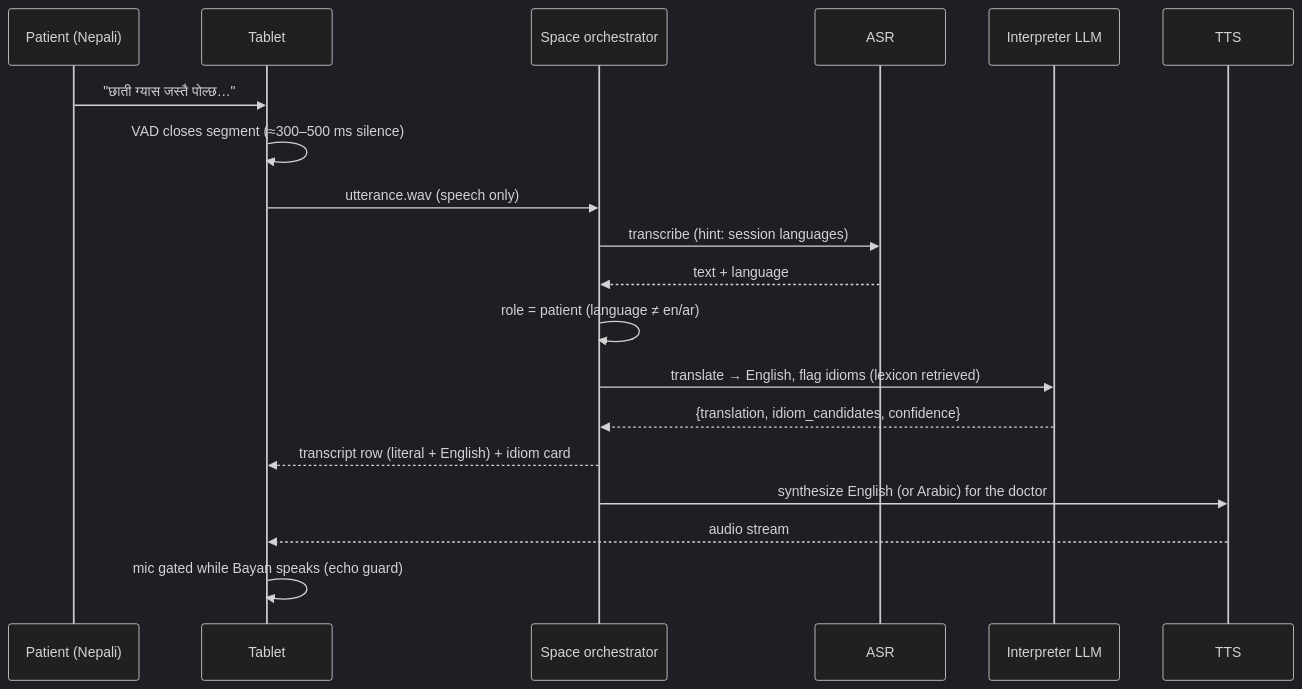
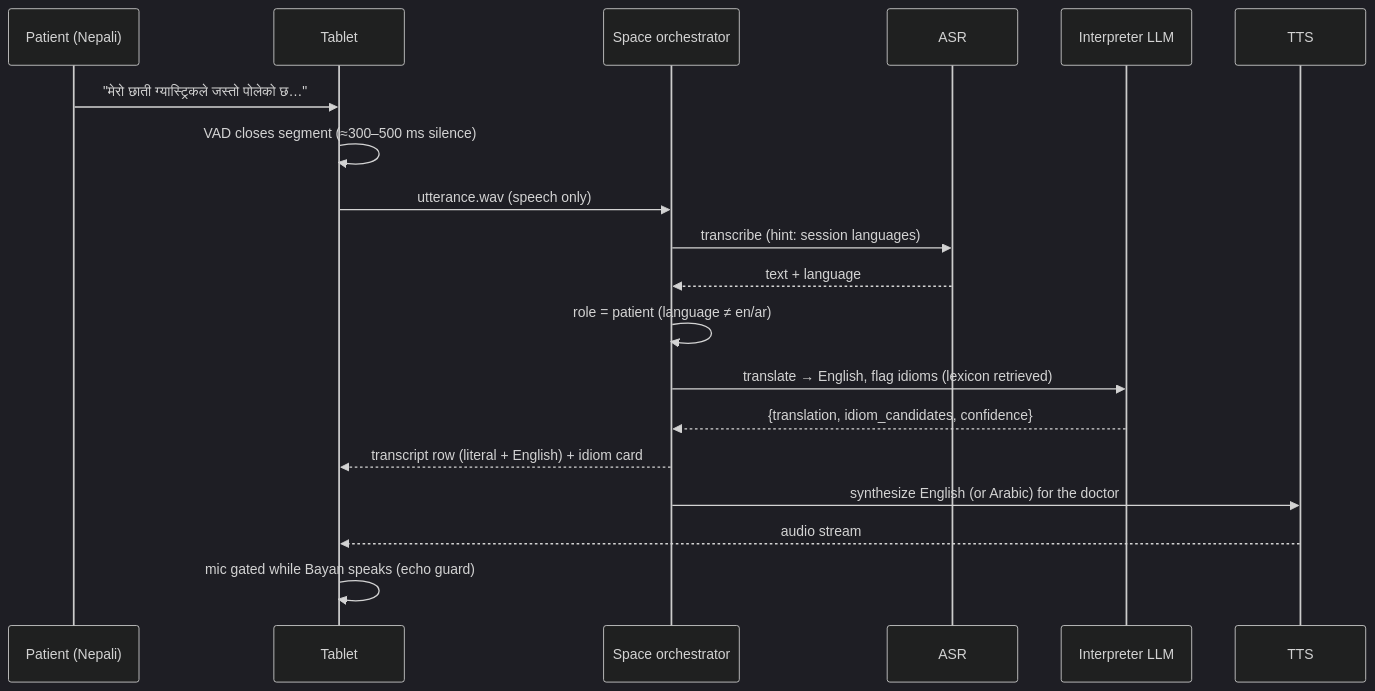
The second of 4 diagrams in docs/03-architecture.md (diyorbekibragimov/BayanAI), drawn with Mermaid (dark theme) before and after one commit. The commit also changed other lines of this file and 9 other files, not shown here.

````diff
--- a/docs/03-architecture.md
+++ b/docs/03-architecture.md
@@ -57,21 +57,21 @@
 ```mermaid
 sequenceDiagram
     participant P as Patient (Nepali)
     participant T as Tablet
     participant S as Space orchestrator
     participant A as ASR
     participant L as Interpreter LLM
     participant V as TTS
-    P->>T: "छाती ग्यास जस्तै पोल्छ…"
+    P->>T: "मेरो छाती ग्यास्ट्रिकले जस्तो पोलेको छ…"
     T->>T: VAD closes segment (≈300–500 ms silence)
     T->>S: utterance.wav (speech only)
     S->>A: transcribe (hint: session languages)
     A-->>S: text + language
     S->>S: role = patient (language ≠ en/ar)
     S->>L: translate → English, flag idioms (lexicon retrieved)
     L-->>S: {translation, idiom_candidates, confidence}
     S-->>T: transcript row (literal + English) + idiom card
     S->>V: synthesize English (or Arabic) for the doctor
     V-->>T: audio stream
     T->>T: mic gated while Bayan speaks (echo guard)
 ```
````
